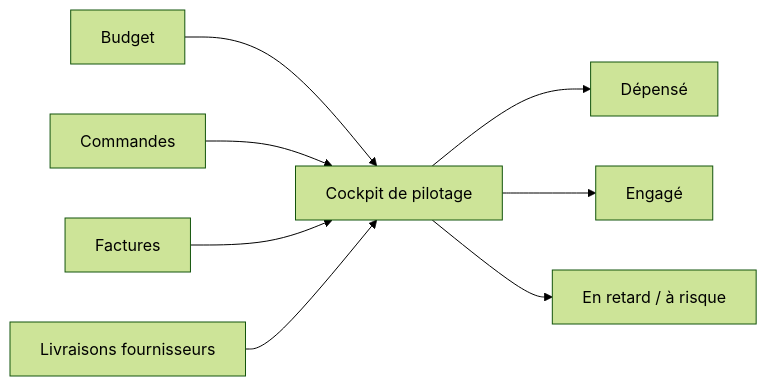
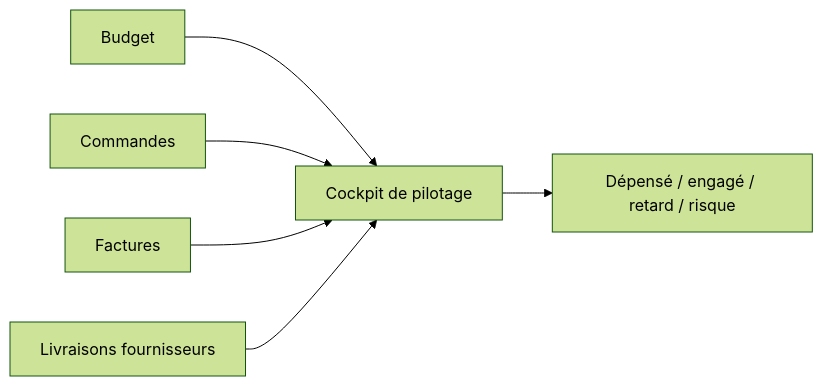
Before and after one commit to jeffersonkuku/powerbi-portfolio-projects: the second of 2 diagrams in powerbi-procurement-financial-control-tower/README.md, drawn with Mermaid (forest theme). The commit also changed other lines of this file and 5 other files, not shown here.

````diff
--- a/powerbi-procurement-financial-control-tower/README.md
+++ b/powerbi-procurement-financial-control-tower/README.md
@@ -70,10 +55,8 @@
 ```mermaid
 flowchart LR
     A[Budget] --> E[Cockpit de pilotage]
     B[Commandes] --> E
     C[Factures] --> E
     D[Livraisons fournisseurs] --> E
-    E --> F[Dépensé]
-    E --> G[Engagé]
-    E --> H[En retard / à risque]
+    E --> F[Dépensé / engagé / retard / risque]
 ```
````
